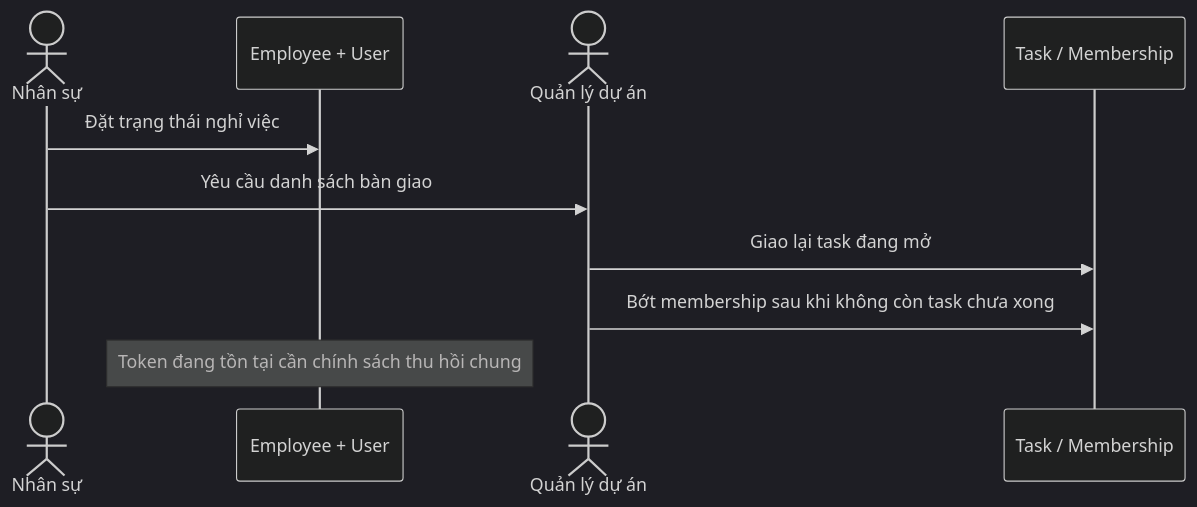
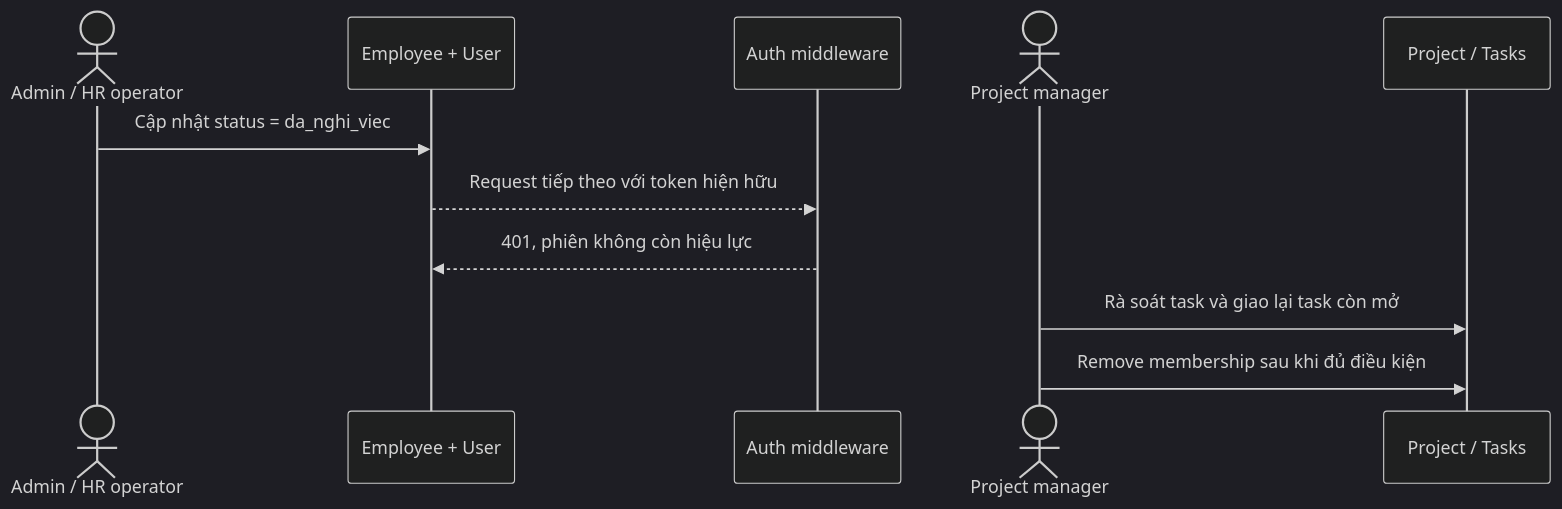
One commit to kietgamer09/miniERP changed the third of 3 diagrams in docs/business/cross-module-workflows.md. Above: the diagram before and after it, drawn with Mermaid (dark theme). The commit also changed other lines of this file and 6 other files, not shown here.

Commit message:
cập nhật ERP

````diff
--- a/docs/business/cross-module-workflows.md
+++ b/docs/business/cross-module-workflows.md
@@ -91,12 +80,13 @@
 ```mermaid
 sequenceDiagram
-    actor HR as Nhân sự
+    actor A as Admin / HR operator
     participant E as Employee + User
-    actor PM as Quản lý dự án
-    participant T as Task / Membership
-    HR->>E: Đặt trạng thái nghỉ việc
-    HR->>PM: Yêu cầu danh sách bàn giao
-    PM->>T: Giao lại task đang mở
-    PM->>T: Bớt membership sau khi không còn task chưa xong
-    Note over E: Token đang tồn tại cần chính sách thu hồi chung
+    participant Auth as Auth middleware
+    actor M as Project manager
+    participant P as Project / Tasks
+    A->>E: Cập nhật status = da_nghi_viec
+    E-->>Auth: Request tiếp theo với token hiện hữu
+    Auth-->>E: 401, phiên không còn hiệu lực
+    M->>P: Rà soát task và giao lại task còn mở
+    M->>P: Remove membership sau khi đủ điều kiện
 ```
````
